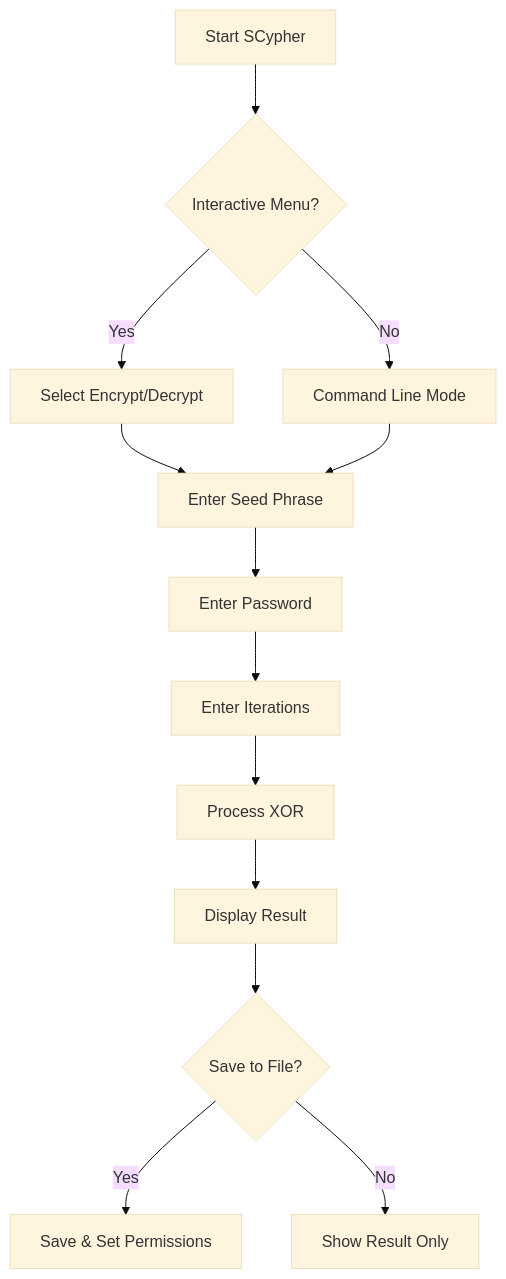
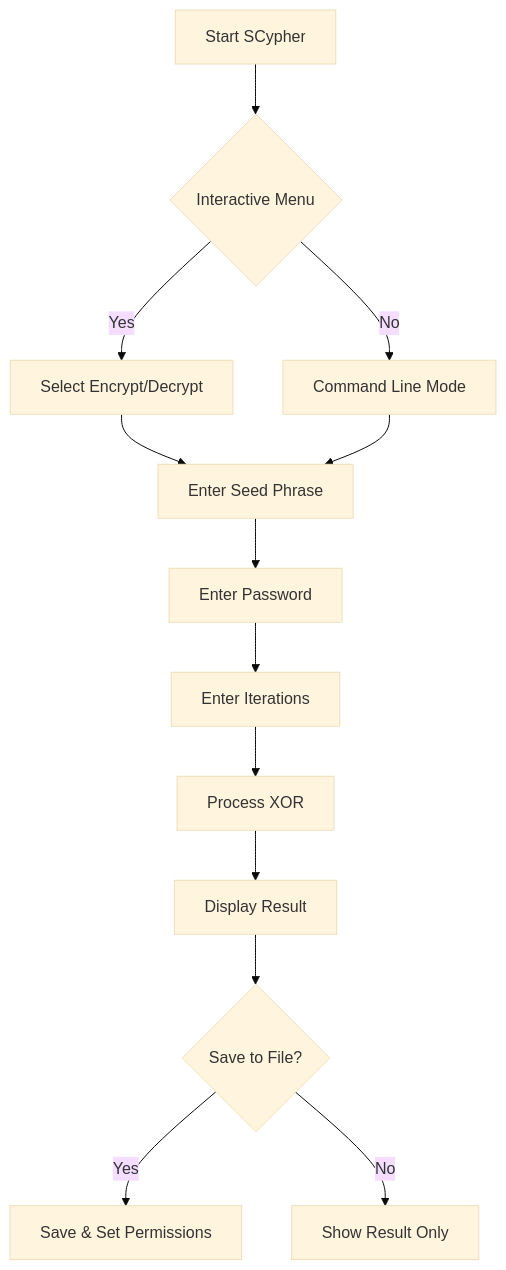
One commit to moon-miner/bash-BIP39-seed-cypher changed the second of 3 diagrams in documentation/english/scypher user guide.md. Above: the diagram before and after it, drawn with Mermaid (base theme).

Commit message:
Update scypher user guide.md

````diff
--- a/documentation/english/scypher user guide.md
+++ b/documentation/english/scypher user guide.md
@@ -141,18 +141,18 @@
 ```mermaid
 graph TD
-    A[Start SCypher] --> B{Interactive Menu?}
+    A[Start SCypher] --> B{Interactive Menu}
     B -->|Yes| C[Select Encrypt/Decrypt]
     B -->|No| D[Command Line Mode]
     
     C --> E[Enter Seed Phrase]
     D --> E
     
     E --> F[Enter Password]
     F --> G[Enter Iterations]
     G --> H[Process XOR]
     H --> I[Display Result]
     
     I --> J{Save to File?}
     J -->|Yes| K[Save & Set Permissions]
     J -->|No| L[Show Result Only]
 ```
````
